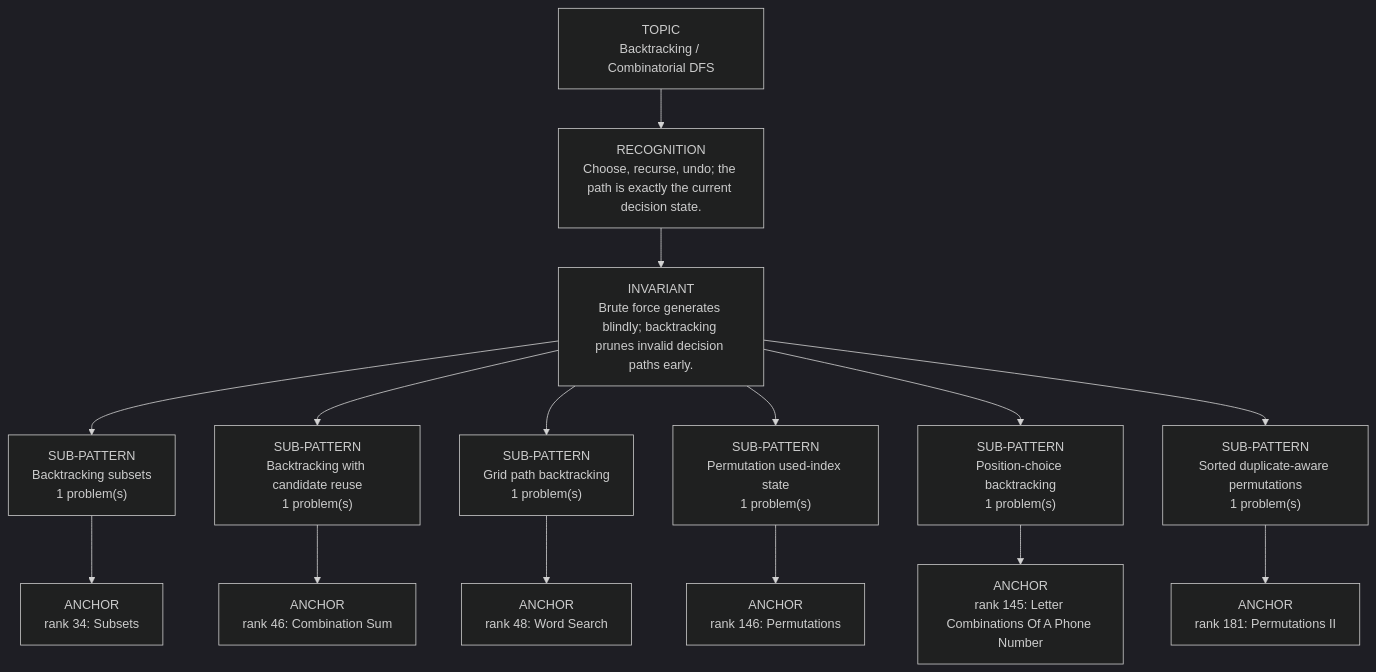
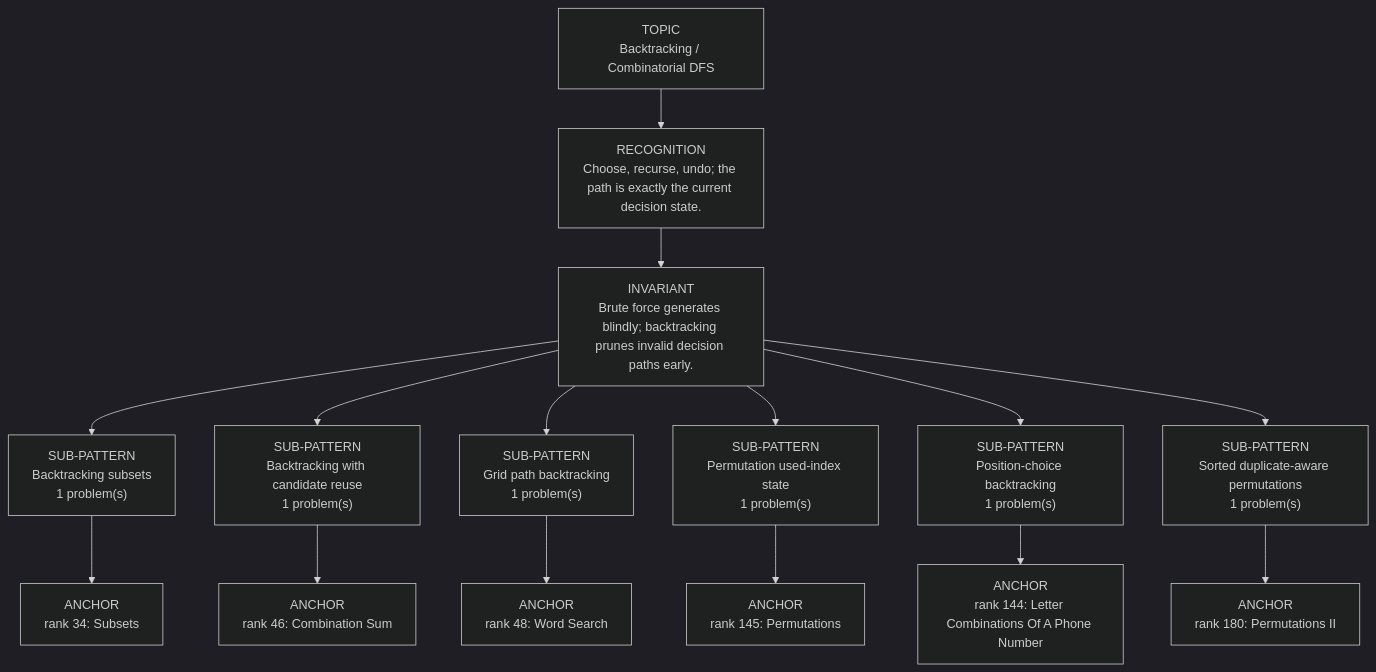
The diagram in dsa-review/interview/patterns/14_backtracking.md (thechiranjeevjain/DSA10days), drawn with Mermaid (dark theme) before and after one commit. The commit also changed other lines of this file and 71 other files, not shown here.

````diff
--- a/dsa-review/interview/patterns/14_backtracking.md
+++ b/dsa-review/interview/patterns/14_backtracking.md
@@ -15,19 +15,19 @@
 ```mermaid
 flowchart TD
   Topic["TOPIC<br/>Backtracking / Combinatorial DFS"]
   Recognition["RECOGNITION<br/>Choose, recurse, undo; the path is exactly the current decision state."]
   Invariant["INVARIANT<br/>Brute force generates blindly; backtracking prunes invalid decision paths early."]
   Topic --> Recognition --> Invariant
   Invariant --> Sub01["SUB-PATTERN<br/>Backtracking subsets<br/>1 problem(s)"]
   Sub01 --> Sub01A01["ANCHOR<br/>rank 34: Subsets"]
   Invariant --> Sub02["SUB-PATTERN<br/>Backtracking with candidate reuse<br/>1 problem(s)"]
   Sub02 --> Sub02A01["ANCHOR<br/>rank 46: Combination Sum"]
   Invariant --> Sub03["SUB-PATTERN<br/>Grid path backtracking<br/>1 problem(s)"]
   Sub03 --> Sub03A01["ANCHOR<br/>rank 48: Word Search"]
   Invariant --> Sub04["SUB-PATTERN<br/>Permutation used-index state<br/>1 problem(s)"]
-  Sub04 --> Sub04A01["ANCHOR<br/>rank 146: Permutations"]
+  Sub04 --> Sub04A01["ANCHOR<br/>rank 145: Permutations"]
   Invariant --> Sub05["SUB-PATTERN<br/>Position-choice backtracking<br/>1 problem(s)"]
-  Sub05 --> Sub05A01["ANCHOR<br/>rank 145: Letter Combinations Of A Phone Number"]
+  Sub05 --> Sub05A01["ANCHOR<br/>rank 144: Letter Combinations Of A Phone Number"]
   Invariant --> Sub06["SUB-PATTERN<br/>Sorted duplicate-aware permutations<br/>1 problem(s)"]
-  Sub06 --> Sub06A01["ANCHOR<br/>rank 181: Permutations II"]
+  Sub06 --> Sub06A01["ANCHOR<br/>rank 180: Permutations II"]
 ```
````
